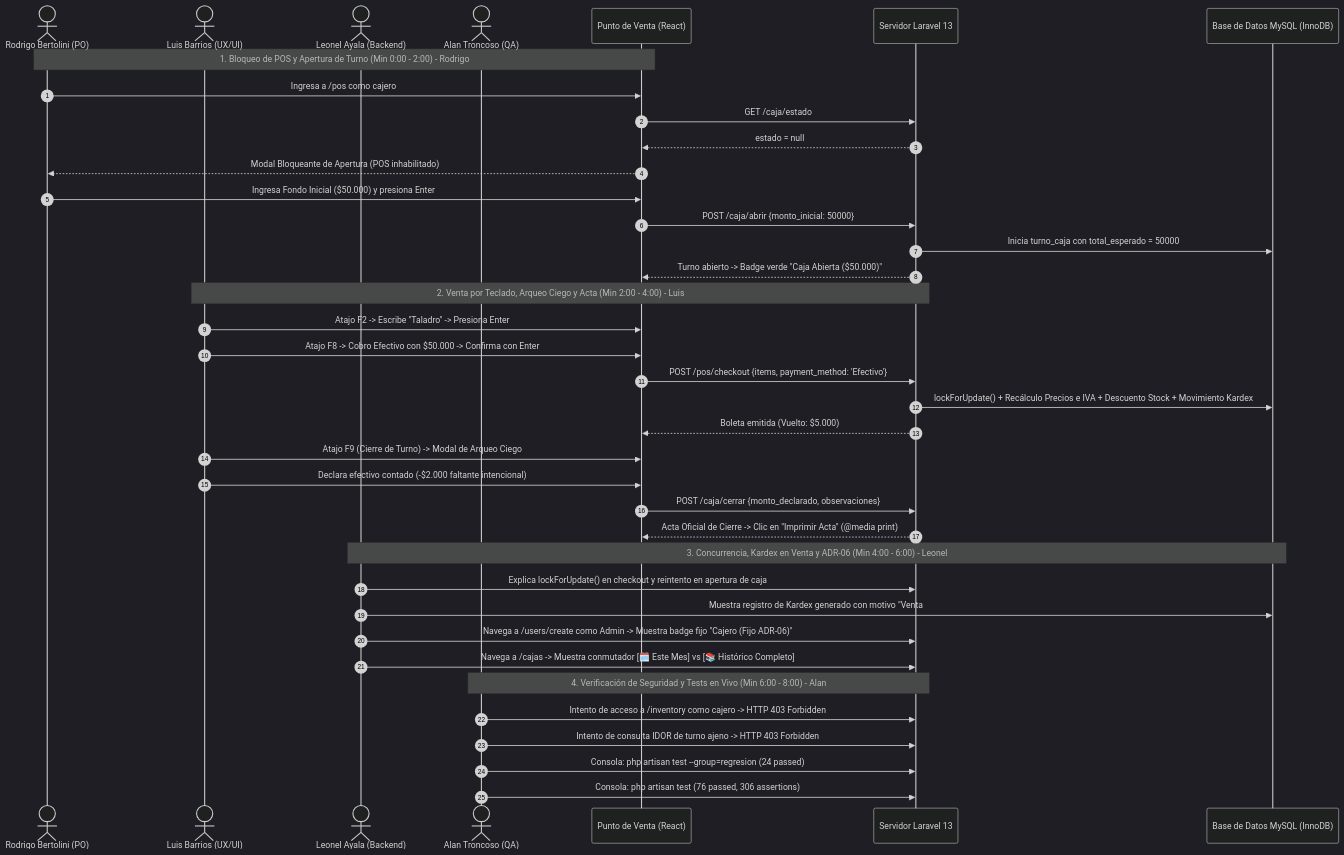
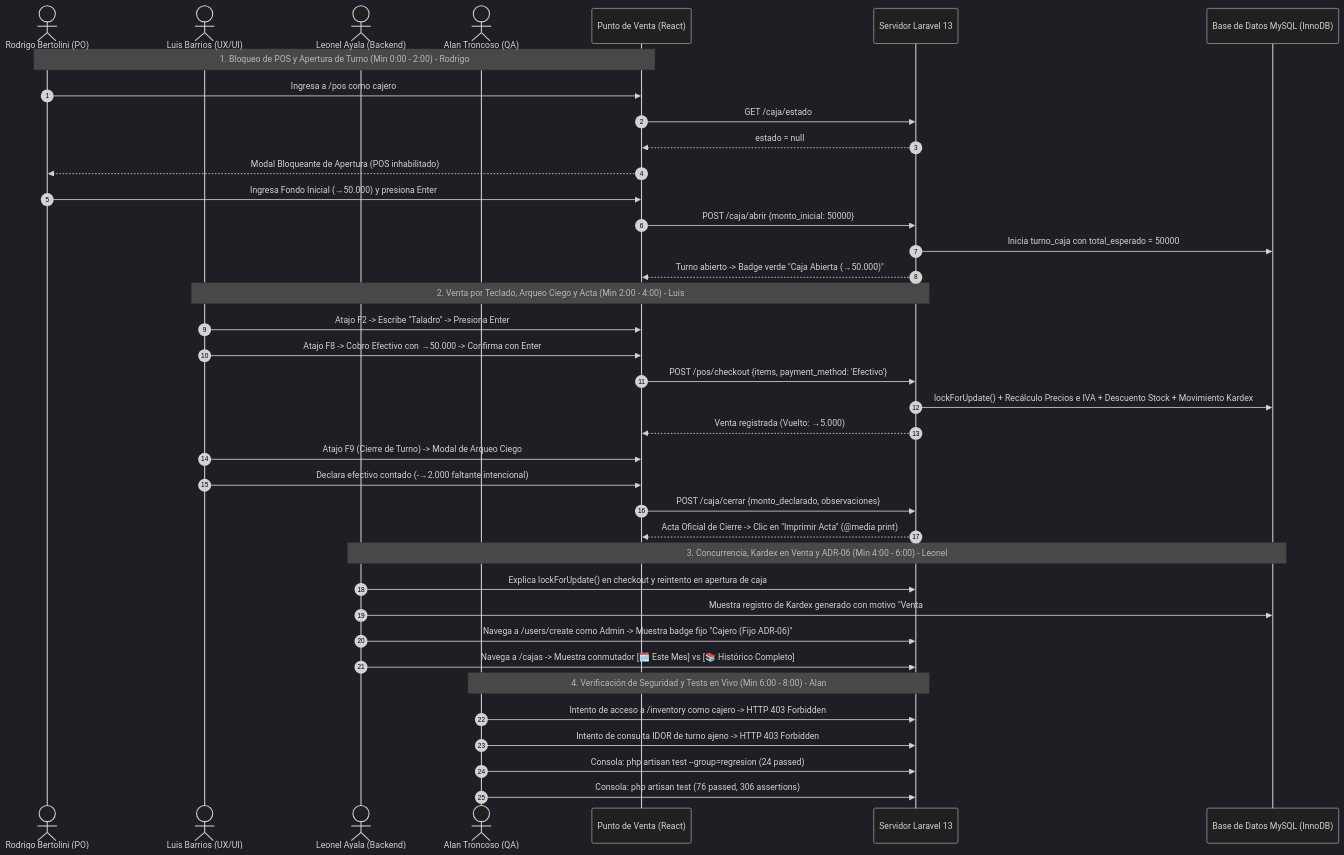
The diagram in docs/guia-presentacion-defensa3.md (Leonel-Ayala/GestiSoft), drawn with Mermaid (dark theme) before and after one commit. The commit also changed other lines of this file and 2 other files, not shown here.

````diff
--- a/docs/guia-presentacion-defensa3.md
+++ b/docs/guia-presentacion-defensa3.md
@@ -738,44 +737,44 @@
 ```mermaid
 sequenceDiagram
     autonumber
     actor R as Rodrigo Bertolini (PO)
     actor LB as Luis Barrios (UX/UI)
     actor LA as Leonel Ayala (Backend)
     actor AT as Alan Troncoso (QA)
     participant POS as Punto de Venta (React)
     participant Srv as Servidor Laravel 13
     participant BD as Base de Datos MySQL (InnoDB)
 
     Note over R,POS: 1. Bloqueo de POS y Apertura de Turno (Min 0:00 - 2:00) - Rodrigo
     R->>POS: Ingresa a /pos como cajero
     POS->>Srv: GET /caja/estado
     Srv-->>POS: estado = null
     POS-->>R: Modal Bloqueante de Apertura (POS inhabilitado)
-    R->>POS: Ingresa Fondo Inicial ($50.000) y presiona Enter
+    R->>POS: Ingresa Fondo Inicial (→50.000) y presiona Enter
     POS->>Srv: POST /caja/abrir {monto_inicial: 50000}
     Srv->>BD: Inicia turno_caja con total_esperado = 50000
-    Srv-->>POS: Turno abierto -> Badge verde "Caja Abierta ($50.000)"
+    Srv-->>POS: Turno abierto -> Badge verde "Caja Abierta (→50.000)"
 
     Note over LB,Srv: 2. Venta por Teclado, Arqueo Ciego y Acta (Min 2:00 - 4:00) - Luis
     LB->>POS: Atajo F2 -> Escribe "Taladro" -> Presiona Enter
-    LB->>POS: Atajo F8 -> Cobro Efectivo con $50.000 -> Confirma con Enter
+    LB->>POS: Atajo F8 -> Cobro Efectivo con →50.000 -> Confirma con Enter
     POS->>Srv: POST /pos/checkout {items, payment_method: 'Efectivo'}
     Srv->>BD: lockForUpdate() + Recálculo Precios e IVA + Descuento Stock + Movimiento Kardex
-    Srv-->>POS: Boleta emitida (Vuelto: $5.000)
+    Srv-->>POS: Venta registrada (Vuelto: →5.000)
     LB->>POS: Atajo F9 (Cierre de Turno) -> Modal de Arqueo Ciego
-    LB->>POS: Declara efectivo contado (-$2.000 faltante intencional)
+    LB->>POS: Declara efectivo contado (-→2.000 faltante intencional)
     POS->>Srv: POST /caja/cerrar {monto_declarado, observaciones}
     Srv-->>POS: Acta Oficial de Cierre -> Clic en "Imprimir Acta" (@media print)
 
     Note over LA,BD: 3. Concurrencia, Kardex en Venta y ADR-06 (Min 4:00 - 6:00) - Leonel
     LA->>Srv: Explica lockForUpdate() en checkout y reintento en apertura de caja
     LA->>BD: Muestra registro de Kardex generado con motivo "Venta #ID"
     LA->>Srv: Navega a /users/create como Admin -> Muestra badge fijo "Cajero (Fijo ADR-06)"
     LA->>Srv: Navega a /cajas -> Muestra conmutador [🗓️ Este Mes] vs [📚 Histórico Completo]
 
     Note over AT,Srv: 4. Verificación de Seguridad y Tests en Vivo (Min 6:00 - 8:00) - Alan
     AT->>Srv: Intento de acceso a /inventory como cajero -> HTTP 403 Forbidden
     AT->>Srv: Intento de consulta IDOR de turno ajeno -> HTTP 403 Forbidden
     AT->>Srv: Consola: php artisan test --group=regresion (24 passed)
     AT->>Srv: Consola: php artisan test (76 passed, 306 assertions)
 ```
````
